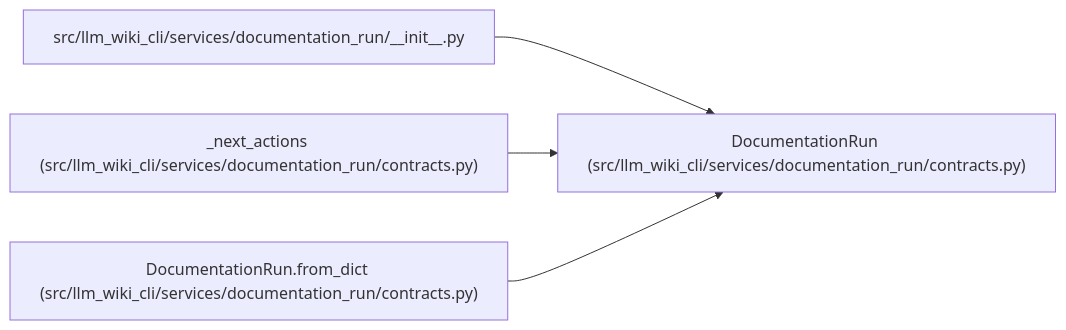
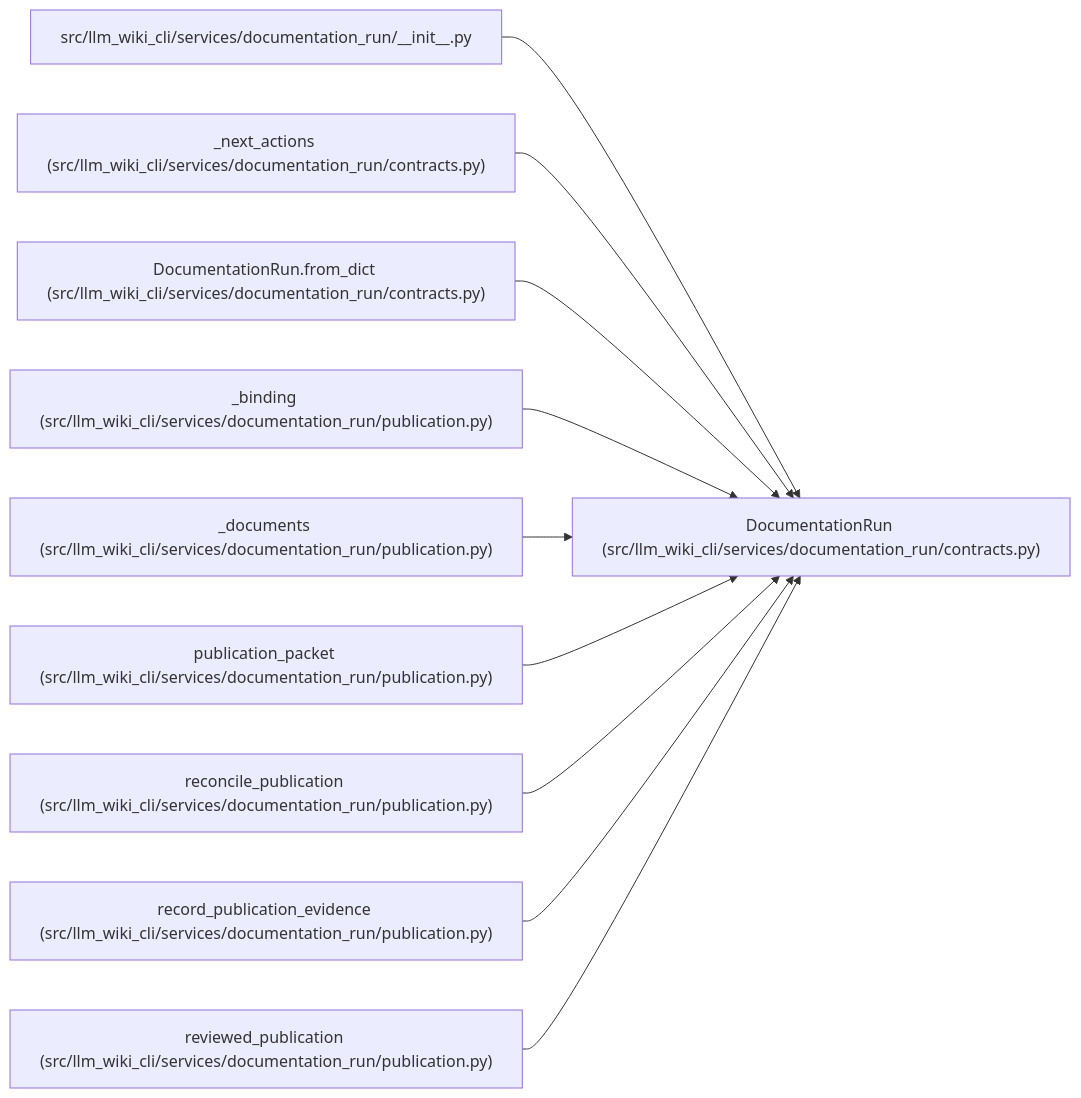
Before and after one commit to Denissvgn/python-wiki-llm: the diagram in docs/llm_wiki/entities/DocumentationRun.md, drawn with Mermaid. The commit also changed other lines of this file and 375 other files, not shown here.

Commit message:
feat: propose independently reviewed patches for mapped wiki documentation

````diff
--- a/docs/llm_wiki/entities/DocumentationRun.md
+++ b/docs/llm_wiki/entities/DocumentationRun.md
@@ -55,14 +55,32 @@
 ```mermaid
 flowchart LR
     n0["DocumentationRun (src/llm_wiki_cli/services/documentation_run/contracts.py)"]
     n1["src/llm_wiki_cli/services/documentation_run/__init__.py"]
     n2["_next_actions (src/llm_wiki_cli/services/documentation_run/contracts.py)"]
     n3["DocumentationRun.from_dict (src/llm_wiki_cli/services/documentation_run/contracts.py)"]
+    n4["_binding (src/llm_wiki_cli/services/documentation_run/publication.py)"]
+    n5["_documents (src/llm_wiki_cli/services/documentation_run/publication.py)"]
+    n6["publication_packet (src/llm_wiki_cli/services/documentation_run/publication.py)"]
+    n7["reconcile_publication (src/llm_wiki_cli/services/documentation_run/publication.py)"]
+    n8["record_publication_evidence (src/llm_wiki_cli/services/documentation_run/publication.py)"]
+    n9["reviewed_publication (src/llm_wiki_cli/services/documentation_run/publication.py)"]
     n1 --> n0
     n2 --> n0
     n3 --> n0
+    n4 --> n0
+    n5 --> n0
+    n6 --> n0
+    n7 --> n0
+    n8 --> n0
+    n9 --> n0
     click n0 "../modules/documentation_run_contracts.md"
     click n1 "../modules/documentation_run___init__.md"
     click n2 "../modules/documentation_run_contracts.md"
     click n3 "../modules/documentation_run_contracts.md"
+    click n4 "../modules/publication.md"
+    click n5 "../modules/publication.md"
+    click n6 "../modules/publication.md"
+    click n7 "../modules/publication.md"
+    click n8 "../modules/publication.md"
+    click n9 "../modules/publication.md"
 ```
````
